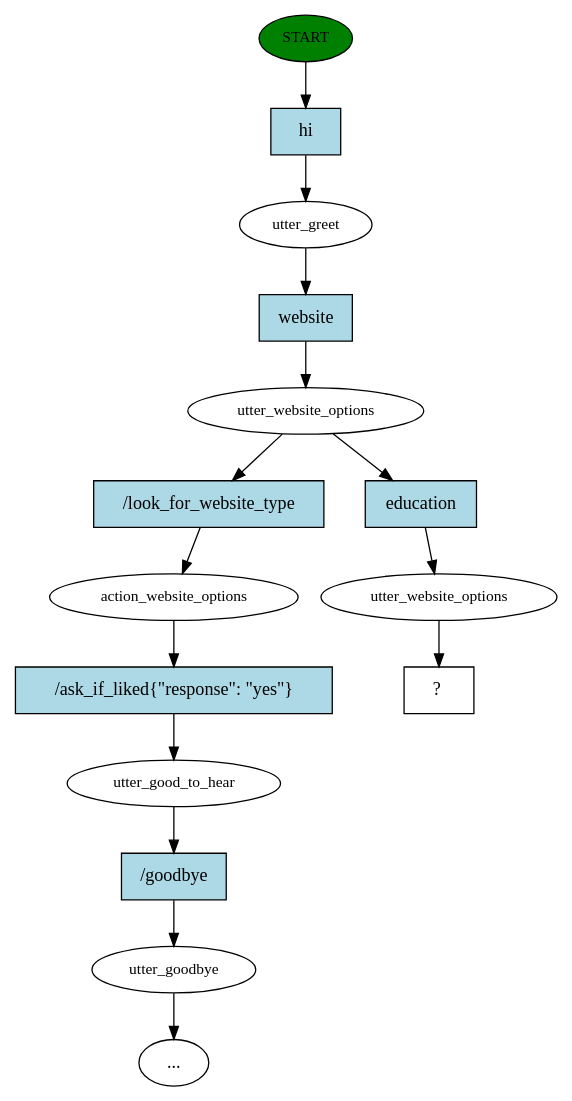
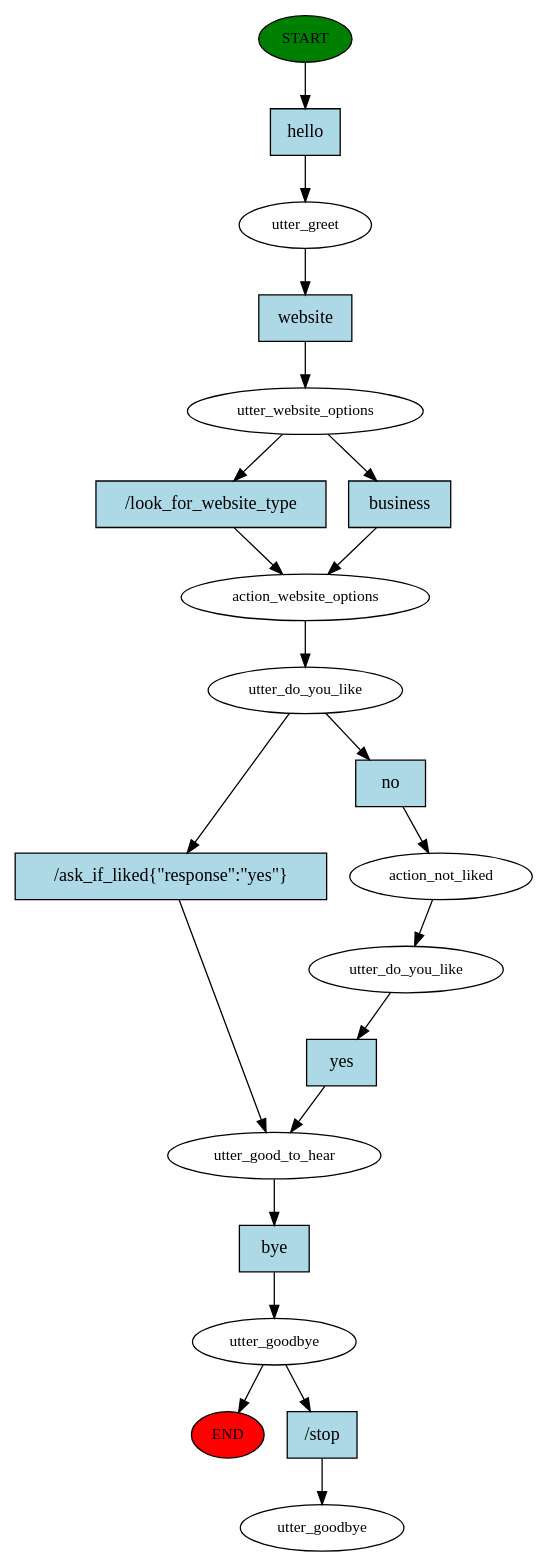
One commit to swetabhmukherjee/gideon-rasa-bot changed the diagram in story_graph.dot. Above: the diagram before and after it, drawn with Graphviz. The commit also changed 30 other files, not shown here.

```diff
--- a/story_graph.dot
+++ b/story_graph.dot
@@ -1,31 +1,43 @@
 digraph  {
 0 [class="start active", fillcolor=green, fontsize=12, label=START, style=filled];
+"-1" [class=end, fillcolor=red, fontsize=12, label=END, style=filled];
 1 [class=active, fontsize=12, label=utter_greet];
 2 [class=active, fontsize=12, label=utter_website_options];
-3 [class="", fontsize=12, label=action_website_options];
-4 [class="", fontsize=12, label=utter_good_to_hear];
-5 [class="", fontsize=12, label=utter_goodbye];
-"-3" [class=ellipsis, label="..."];
-8 [class=active, fontsize=12, label=utter_website_options];
-9 [class="intent dashed active", label="  ?  ", shape=rect];
-10 [class="intent active", fillcolor=lightblue, label=hi, shape=rect, style=filled];
-11 [class="intent active", fillcolor=lightblue, label=website, shape=rect, style=filled];
-12 [class=intent, fillcolor=lightblue, label="/look_for_website_type", shape=rect, style=filled];
-13 [class="intent active", fillcolor=lightblue, label=education, shape=rect, style=filled];
-14 [class=intent, fillcolor=lightblue, label="/ask_if_liked{\"response\": \"yes\"}", shape=rect, style=filled];
-15 [class=intent, fillcolor=lightblue, label="/goodbye", shape=rect, style=filled];
-0 -> 10  [class=active, key=0];
-1 -> 11  [class=active, key=0];
-2 -> 12  [class="", key=0];
-2 -> 13  [class=active, key=0];
-3 -> 14  [class="", key=0];
-4 -> 15  [class="", key=0];
-5 -> "-3"  [class="", key=NONE, label=""];
-8 -> 9  [class=active, key=NONE, label=""];
-10 -> 1  [class=active, key=0];
-11 -> 2  [class=active, key=0];
-12 -> 3  [class="", key=0];
-13 -> 8  [class=active, key=0];
-14 -> 4  [class="", key=0];
-15 -> 5  [class="", key=0];
+3 [class=active, fontsize=12, label=action_website_options];
+4 [class=active, fontsize=12, label=utter_do_you_like];
+5 [class=active, fontsize=12, label=utter_good_to_hear];
+6 [class=active, fontsize=12, label=utter_goodbye];
+11 [class=active, fontsize=12, label=action_not_liked];
+12 [class=active, fontsize=12, label=utter_do_you_like];
+29 [class="dashed active", fontsize=12, label=utter_goodbye];
+30 [class="intent active", fillcolor=lightblue, label=hello, shape=rect, style=filled];
+31 [class="intent active", fillcolor=lightblue, label=website, shape=rect, style=filled];
+32 [class=intent, fillcolor=lightblue, label="/look_for_website_type", shape=rect, style=filled];
+33 [class="intent active", fillcolor=lightblue, label=business, shape=rect, style=filled];
+34 [class=intent, fillcolor=lightblue, label="/ask_if_liked{\"response\":\"yes\"}", shape=rect, style=filled];
+35 [class="intent active", fillcolor=lightblue, label=no, shape=rect, style=filled];
+36 [class="intent active", fillcolor=lightblue, label=bye, shape=rect, style=filled];
+37 [class="intent active", fillcolor=lightblue, label="/stop", shape=rect, style=filled];
+38 [class="intent active", fillcolor=lightblue, label=yes, shape=rect, style=filled];
+0 -> 30  [class=active, key=0];
+1 -> 31  [class=active, key=0];
+2 -> 32  [class="", key=0];
+2 -> 33  [class=active, key=0];
+3 -> 4  [class=active, key=NONE, label=""];
+4 -> 34  [class="", key=0];
+4 -> 35  [class=active, key=0];
+5 -> 36  [class=active, key=0];
+6 -> "-1"  [class="", key=NONE, label=""];
+6 -> 37  [class=active, key=0];
+11 -> 12  [class=active, key=NONE, label=""];
+12 -> 38  [class=active, key=0];
+30 -> 1  [class=active, key=0];
+31 -> 2  [class=active, key=0];
+32 -> 3  [class="", key=0];
+33 -> 3  [class=active, key=0];
+34 -> 5  [class="", key=0];
+35 -> 11  [class=active, key=0];
+36 -> 6  [class=active, key=0];
+37 -> 29  [class=active, key=0];
+38 -> 5  [class=active, key=0];
 }
```
